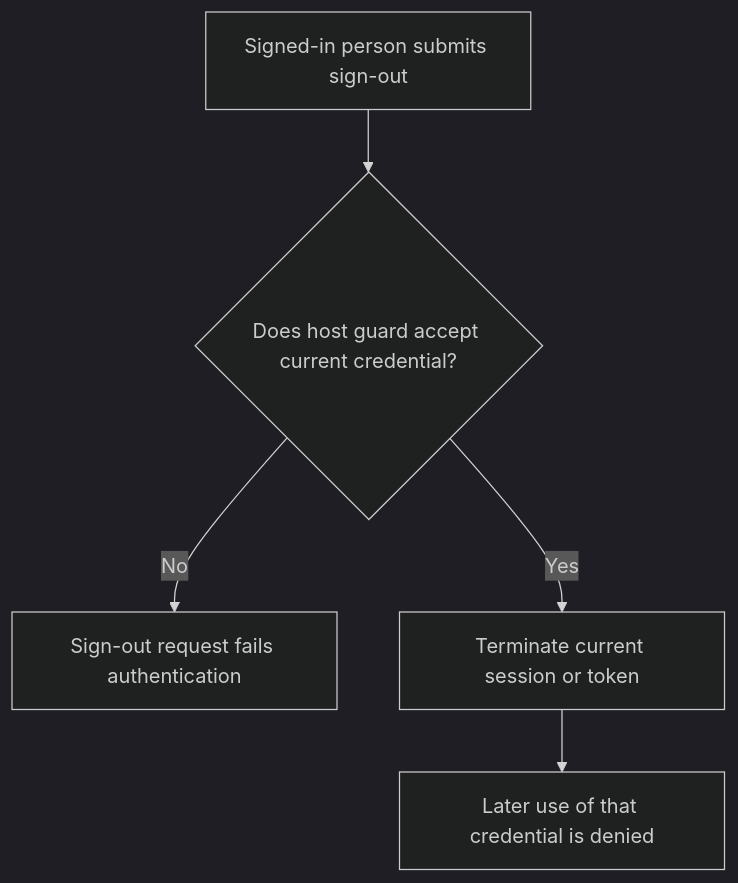
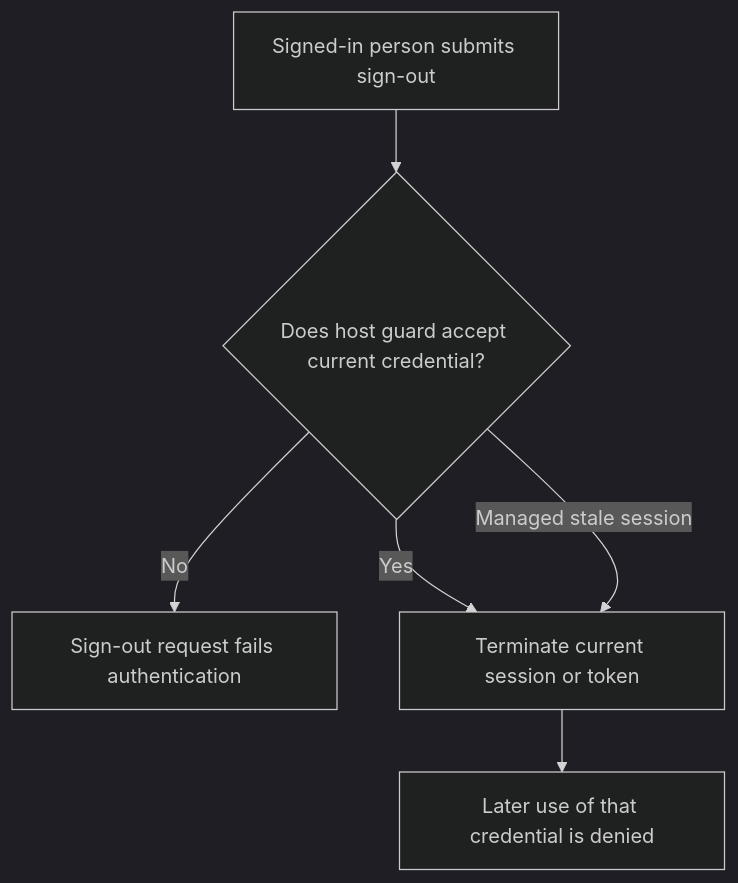
One commit to Kevinjohn/oss-adonisjs-account-kit changed the first of 2 diagrams in user-stories/US-ACCOUNT-04-sign-out.md. Above: the diagram before and after it, drawn with Mermaid (dark theme). The commit also changed other lines of this file and 43 other files, not shown here.

````diff
--- a/user-stories/US-ACCOUNT-04-sign-out.md
+++ b/user-stories/US-ACCOUNT-04-sign-out.md
@@ -18,7 +19,8 @@
 ```mermaid
 flowchart TD
  A["Signed-in person submits sign-out"] --> B{"Does host guard accept current credential?"}
  B -->|No| C["Sign-out request fails authentication"]
  B -->|Yes| D["Terminate current session or token"]
+ B -->|Managed stale session| D
  D --> E["Later use of that credential is denied"]
 ```
````
